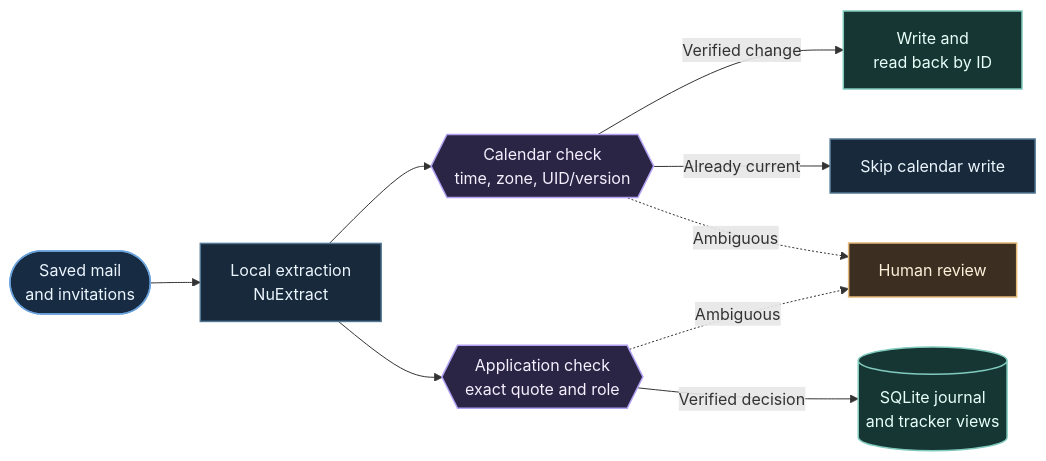
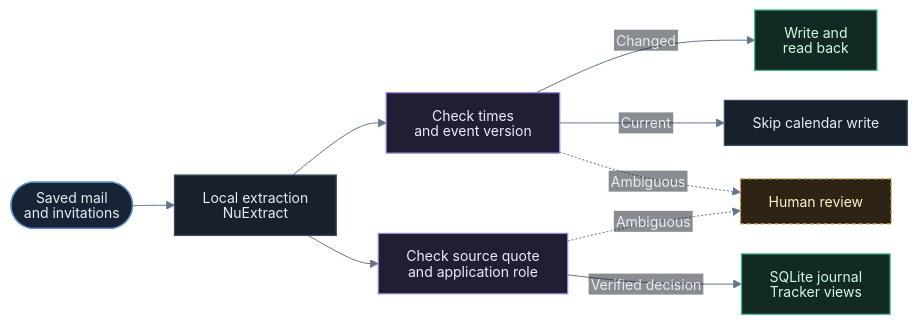
Before and after one commit to kazuall/finance-process-portfolio: the diagram in diagrams/email.mmd, drawn with Mermaid. The commit also changed 12 other files, not shown here.

```diff
--- a/diagrams/email.mmd
+++ b/diagrams/email.mmd
@@ -1,14 +1,39 @@
+---
+config:
+  theme: base
+  htmlLabels: false
+  themeVariables:
+    darkMode: true
+    background: transparent
+    fontFamily: 'Inter, -apple-system, BlinkMacSystemFont, Segoe UI, sans-serif'
+    fontSize: '14px'
+    primaryTextColor: '#e6edf3'
+    lineColor: '#64748b'
+    textColor: '#e6edf3'
+    edgeLabelBackground: '#141a24'
+    clusterBkg: '#141a24'
+    clusterBorder: '#303d52'
+  flowchart:
+    htmlLabels: false
+    useMaxWidth: false
+    nodeSpacing: 30
+    rankSpacing: 42
+    padding: 14
+    diagramPadding: 10
+    curve: basis
+  themeCSS: 'text{font-family: Inter, "Segoe UI", Arial, sans-serif;}.node rect.label-container{rx:8px;ry:8px}.cluster rect{rx:8px;ry:8px}.edgeLabel .labelBkg{fill:#141a24 !important}.edgeLabel text{fill:#c5d2e4 !important}.cluster-label text{fill:#c5d2e4 !important;font-weight:600}'
+---
 flowchart LR
-  mail(["Saved mail<br/>and invitations"]):::feed --> extract["Local extraction<br/>NuExtract"]:::data
-  extract --> cal{{"Calendar check<br/>time, zone, UID/version"}}:::check
-  extract --> app{{"Application check<br/>exact quote and role"}}:::check
-  cal -->|Verified change| write["Write and<br/>read back by ID"]:::confirmed
-  cal -->|Already current| noop["Skip calendar write"]:::data
-  app -->|Verified decision| journal[("SQLite journal<br/>and tracker views")]:::confirmed
-  cal -. Ambiguous .-> human["Human review"]:::review
+  mail(["Saved mail<br/>and invitations"]):::source --> extract["Local extraction<br/>NuExtract"]:::process
+  extract --> cal["Check times<br/>and event version"]:::check
+  extract --> app["Check source quote<br/>and application role"]:::check
+  cal -->|Changed| write["Write and<br/>read back"]:::output
+  cal -->|Current| noop["Skip calendar write"]:::process
+  app -->|Verified decision| journal["SQLite journal<br/>Tracker views"]:::output
+  cal -. Ambiguous .-> human["Human review"]:::human
   app -. Ambiguous .-> human
-  classDef feed fill:#172b43,stroke:#6aa2db,stroke-width:1.5px,color:#ecf6ff
-  classDef data fill:#17293a,stroke:#537895,stroke-width:1.5px,color:#ebf5fd
-  classDef check fill:#2a2544,stroke:#b2a0f3,stroke-width:1.5px,color:#f5efff
-  classDef review fill:#3d2e22,stroke:#e7b979,stroke-width:1.5px,color:#fff1d9
-  classDef confirmed fill:#153632,stroke:#80cabe,stroke-width:1.5px,color:#e8fffa
+  classDef source fill:#162436,stroke:#5b8ec9,color:#e6edf3,stroke-width:1.25px
+  classDef process fill:#18202c,stroke:#3b4960,color:#e6edf3,stroke-width:1.25px
+  classDef check fill:#231d33,stroke:#9b87d4,color:#ede9fe,stroke-width:1.25px
+  classDef human fill:#2e2415,stroke:#d99b43,color:#fef3c7,stroke-width:1.25px,stroke-dasharray:4 3
+  classDef output fill:#132a24,stroke:#3fb98b,color:#d1fae5,stroke-width:1.25px
```
